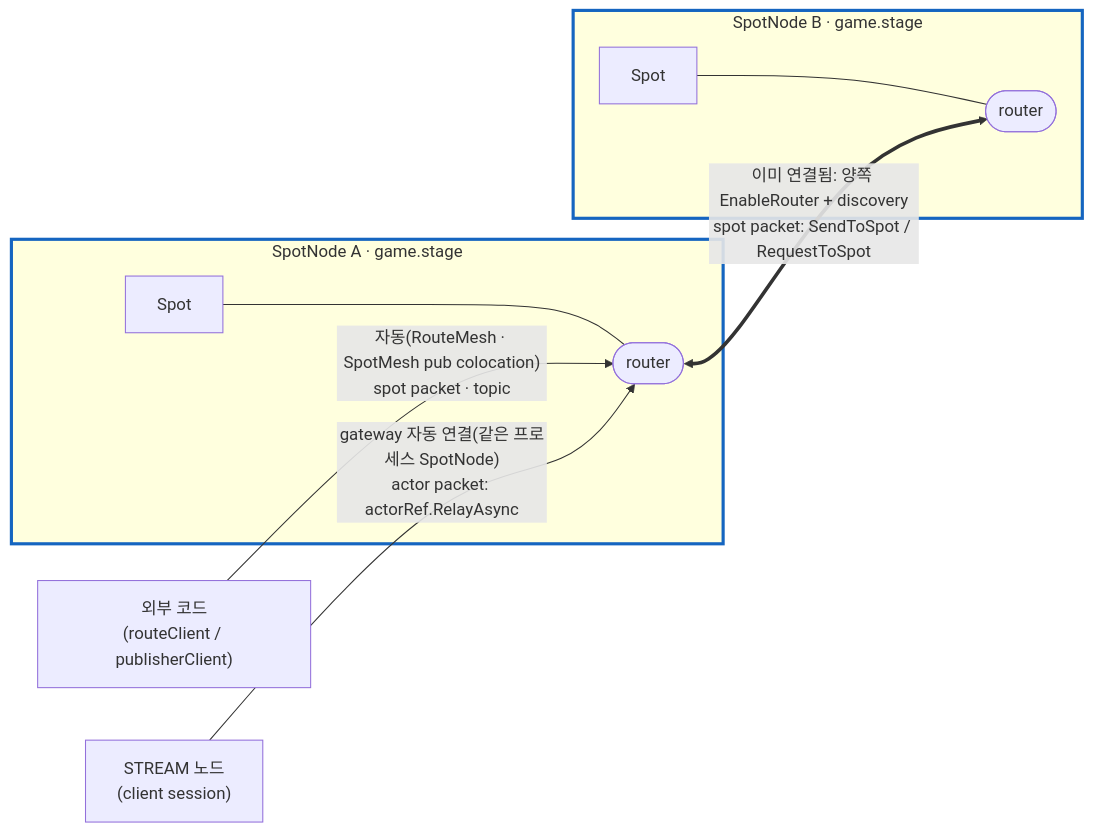
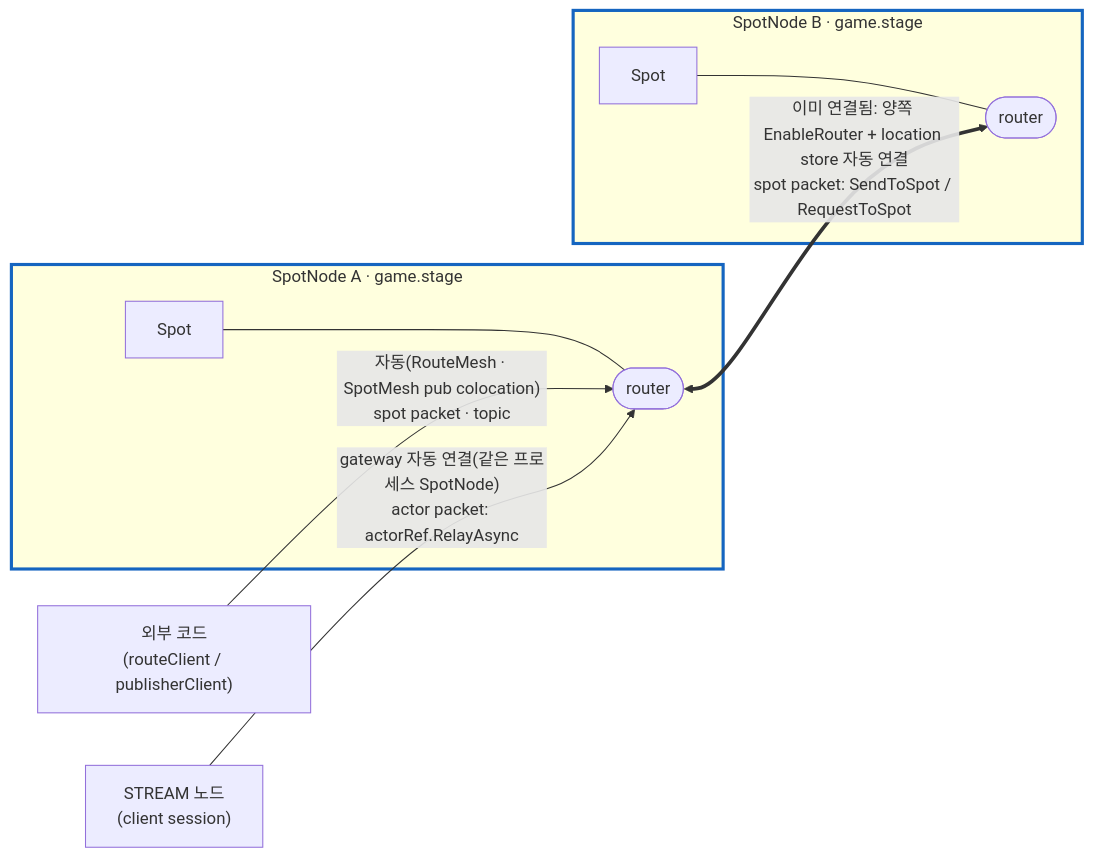
The seventh of 8 diagrams in framework/doc/framework/dotnet/guide/05-spot.ko.md (kairos-code-dev/zlink), drawn with Mermaid before and after one commit. The commit also changed other lines of this file and 20 other files, not shown here.

````diff
--- a/framework/doc/framework/dotnet/guide/05-spot.ko.md
+++ b/framework/doc/framework/dotnet/guide/05-spot.ko.md
@@ -737,14 +739,14 @@
 ```mermaid
 flowchart LR
   subgraph nodeA["SpotNode A · game.stage"]
     spotA["Spot"] --- rA(["router"])
   end
   subgraph nodeB["SpotNode B · game.stage"]
     spotB["Spot"] --- rB(["router"])
   end
-  rA <==>|"이미 연결됨: 양쪽 EnableRouter + discovery<br/>spot packet: SendToSpot / RequestToSpot"| rB
+  rA <==>|"이미 연결됨: 양쪽 EnableRouter + location store 자동 연결<br/>spot packet: SendToSpot / RequestToSpot"| rB
   api["외부 코드<br/>(routeClient / publisherClient)"] -->|"자동(RouteMesh · SpotMesh pub colocation)<br/>spot packet · topic"| rA
   strm["STREAM 노드<br/>(client session)"] -->|"gateway 자동 연결(같은 프로세스 SpotNode)<br/>actor packet: actorRef.RelayAsync"| rA
   style nodeA stroke:#1565c0,stroke-width:3px
   style nodeB stroke:#1565c0,stroke-width:3px
 ```
````
